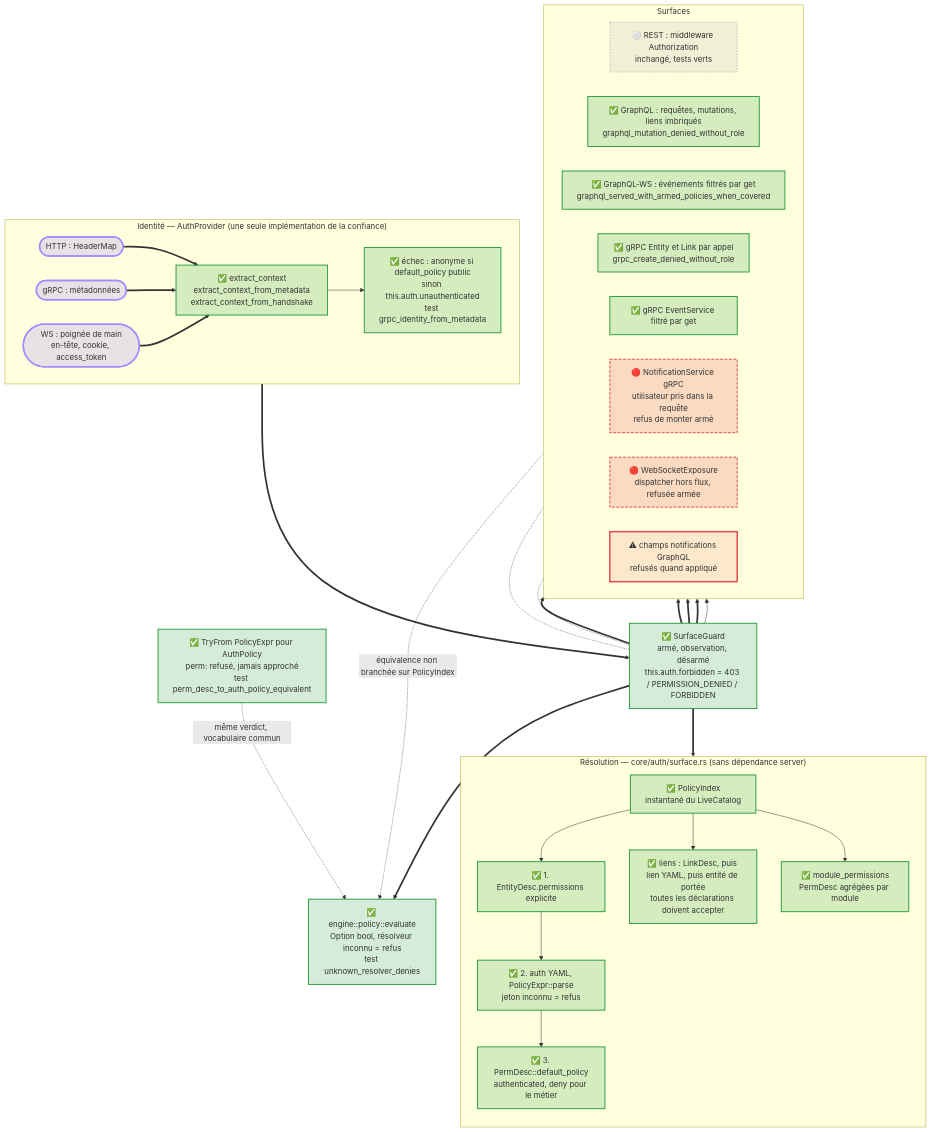
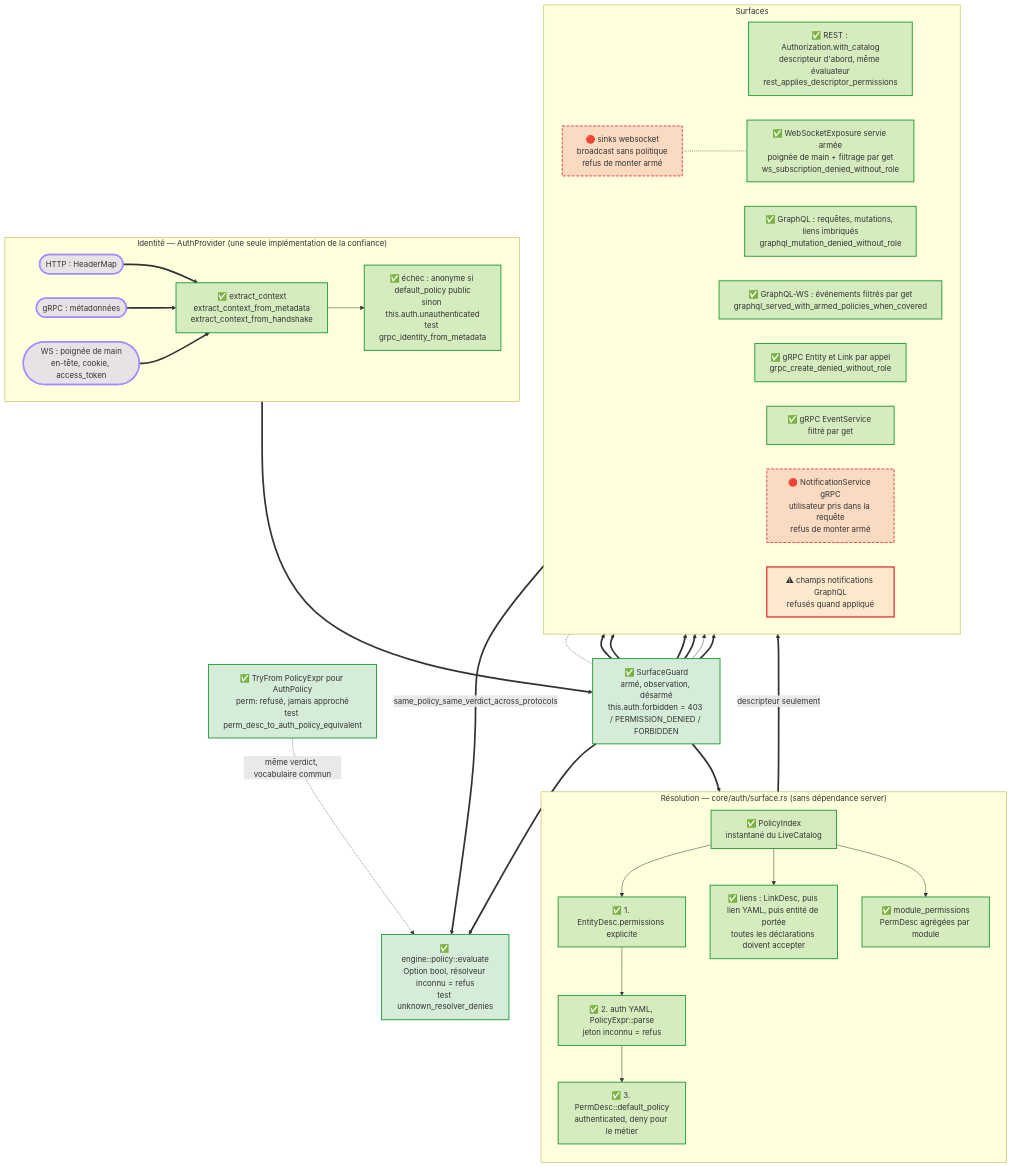
Before and after one commit to this-rs/this: the diagram in docs/atlas/module-descriptor/auth-multi-protocole.mmd, drawn with Mermaid. The commit also changed 5 other files, not shown here.

First line of the commit message:
feat(auth): WebSocketExposure served armed, cross-protocol policy tests

```diff
--- a/docs/atlas/module-descriptor/auth-multi-protocole.mmd
+++ b/docs/atlas/module-descriptor/auth-multi-protocole.mmd
@@ -1,66 +1,69 @@
 %% name: module-descriptor · auth multi-protocole par opération
-%% PROUVE : une seule résolution (descripteur, puis auth YAML, puis défaut) et un seul évaluateur à trois valeurs servent REST, GraphQL, gRPC et les abonnements GraphQL-WS.
-%% LU : core/auth/{surface,descriptor_policy,mod}.rs, server/exposure/{guard,mod}.rs, grpc/{identity,entity_service,link_service,event_service,mod}.rs, graphql/{mod,subscription_handler}.rs, graphql/executor/*.rs, middleware/authorization.rs
-%% NON ÉTABLI : WebSocketExposure (dispatcher) reste refusée armée ; NotificationService gRPC refusé armé ; REST garde son propre évaluateur (Authorization::evaluate), équivalence testée sur le vocabulaire commun seulement ; pas d'e2e gRPC armé via client tonic réel.
+%% PROUVE : une seule résolution (descripteur, puis auth YAML, puis défaut) et un seul évaluateur à trois valeurs servent REST (politiques du descripteur), GraphQL, gRPC, GraphQL-WS et WebSocketExposure ; même verdict testé sur REST, GraphQL et gRPC (same_policy_same_verdict_across_protocols).
+%% LU : core/auth/{surface,descriptor_policy,mod}.rs, server/exposure/{guard,mod}.rs, grpc/{identity,entity_service,link_service,event_service,mod}.rs, graphql/{mod,subscription_handler}.rs, graphql/executor/*.rs, middleware/authorization.rs, websocket/{mod,handler,manager}.rs, rest/mod.rs, tests/auth_surfaces.rs
+%% NON ÉTABLI : NotificationService gRPC et champs notifications GraphQL refusés armés (IDOR) ; sinks websocket refusés armés (broadcast) ; REST garde la grammaire plate pour les politiques YAML (seules les politiques du descripteur passent par engine::policy) ; e2e gRPC par trames HTTP sur le routeur armé, pas par client tonic.
 flowchart TB
   classDef ok       fill:#2ea04333,stroke:#2ea043,stroke-width:2px
   classDef todo     fill:#f0a02033,stroke:#d98a00,stroke-width:2px
   classDef refused  fill:#e5484d33,stroke:#e5484d,stroke-width:2px,stroke-dasharray:6 3
   classDef upstream fill:#8b8fa322,stroke:#8b8fa3,stroke-dasharray:3 3
   classDef trap     fill:#e5484d1f,stroke:#e5484d,stroke-width:3px
   classDef entry    fill:#a48bff40,stroke:#a48bff,stroke-width:3px
 
   subgraph ID["Identité — AuthProvider (une seule implémentation de la confiance)"]
     direction LR
     H(["HTTP : HeaderMap"]):::entry
     M(["gRPC : métadonnées"]):::entry
     W(["WS : poignée de main<br/>en-tête, cookie, access_token"]):::entry
     X["✅ extract_context<br/>extract_context_from_metadata<br/>extract_context_from_handshake"]:::ok
     F["✅ échec : anonyme si default_policy public<br/>sinon this.auth.unauthenticated<br/>test grpc_identity_from_metadata"]:::ok
   end
 
   subgraph RES["Résolution — core/auth/surface.rs (sans dépendance server)"]
     direction TB
     PI["✅ PolicyIndex<br/>instantané du LiveCatalog"]:::ok
     D1["✅ 1. EntityDesc.permissions explicite"]:::ok
     D2["✅ 2. auth YAML, PolicyExpr::parse<br/>jeton inconnu = refus"]:::ok
     D3["✅ 3. PermDesc::default_policy<br/>authenticated, deny pour le métier"]:::ok
     LK["✅ liens : LinkDesc, puis lien YAML, puis entité de portée<br/>toutes les déclarations doivent accepter"]:::ok
     AG["✅ module_permissions<br/>PermDesc agrégées par module"]:::ok
   end
 
   EV["✅ engine::policy::evaluate<br/>Option bool, résolveur inconnu = refus<br/>test unknown_resolver_denies"]:::ok
   CV["✅ TryFrom PolicyExpr pour AuthPolicy<br/>perm: refusé, jamais approché<br/>test perm_desc_to_auth_policy_equivalent"]:::ok
   G["✅ SurfaceGuard<br/>armé, observation, désarmé<br/>this.auth.forbidden = 403 / PERMISSION_DENIED / FORBIDDEN"]:::ok
 
   subgraph SURF["Surfaces"]
     direction LR
-    R["⚪ REST : middleware Authorization<br/>inchangé, tests verts"]:::upstream
+    R["✅ REST : Authorization.with_catalog<br/>descripteur d'abord, même évaluateur<br/>rest_applies_descriptor_permissions"]:::ok
     GQ["✅ GraphQL : requêtes, mutations, liens imbriqués<br/>graphql_mutation_denied_without_role"]:::ok
     GS["✅ GraphQL-WS : événements filtrés par get<br/>graphql_served_with_armed_policies_when_covered"]:::ok
     GR["✅ gRPC Entity et Link par appel<br/>grpc_create_denied_without_role"]:::ok
     GE["✅ gRPC EventService filtré par get"]:::ok
     NS["🔴 NotificationService gRPC<br/>utilisateur pris dans la requête<br/>refus de monter armé"]:::refused
-    WS["🔴 WebSocketExposure<br/>dispatcher hors flux, refusée armée"]:::refused
+    WS["✅ WebSocketExposure servie armée<br/>poignée de main + filtrage par get<br/>ws_subscription_denied_without_role"]:::ok
+    WK["🔴 sinks websocket<br/>broadcast sans politique<br/>refus de monter armé"]:::refused
     NQ["⚠ champs notifications GraphQL<br/>refusés quand appliqué"]:::trap
   end
 
   H ==> X
   M ==> X
   W ==> X
   X --> F
   X ==> G
   PI --> D1 --> D2 --> D3
   PI --> LK
   PI --> AG
   G ==> PI
   G ==> EV
   CV -.->|"même verdict, vocabulaire commun"| EV
   G ==> GQ
   G ==> GS
   G ==> GR
   G ==> GE
   G --> NQ
-  R -.->|"équivalence non branchée sur PolicyIndex"| EV
+  PI ==>|"descripteur seulement"| R
+  R ==>|"same_policy_same_verdict_across_protocols"| EV
   NS -.- G
-  WS -.- G
+  G ==> WS
+  WK -.- WS
```
